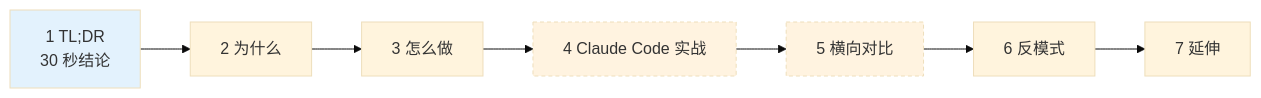
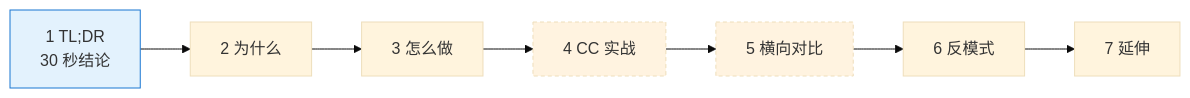
Before and after one commit to BigKunLun/AI-Coding-Playbook: the second of 2 diagrams in README.md, drawn with Mermaid (base theme). The commit also changed other lines of this file and 85 other files, not shown here.

````diff
--- a/README.md
+++ b/README.md
@@ -197,8 +271,8 @@
 ```mermaid
 flowchart LR
-    T["1 TL;DR<br/>30 秒结论"] --> W["2 为什么"] --> H["3 怎么做"] --> P["4 Claude Code 实战"] --> C["5 横向对比"] --> A["6 反模式"] --> E["7 延伸"]
+    T["1 TL;DR<br/>30 秒结论"] --> W["2 为什么"] --> H["3 怎么做"] --> P["4 CC 实战"] --> C["5 横向对比"] --> A["6 反模式"] --> E["7 延伸"]
 
+    style T fill:#e3f2fd,stroke:#1976d2
     style P fill:#fff3e0,stroke-dasharray: 4 3
     style C fill:#fff3e0,stroke-dasharray: 4 3
-    style T fill:#e3f2fd
 ```
````
